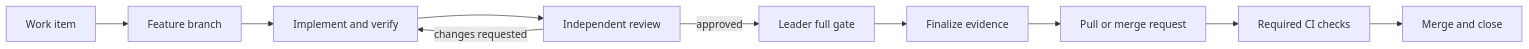
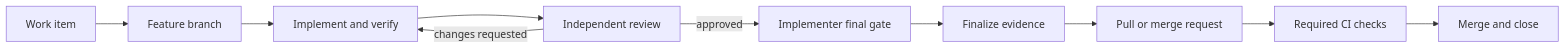
Before and after one commit to kilinkis/harness-bootstrap: the diagram in docs/run-a-ticket.md, drawn with Mermaid. The commit also changed other lines of this file and 26 other files, not shown here.

````diff
--- a/docs/run-a-ticket.md
+++ b/docs/run-a-ticket.md
@@ -25,12 +27,12 @@
 ```mermaid
 flowchart LR
     issue[Work item] --> branch[Feature branch]
     branch --> implement[Implement and verify]
     implement --> review[Independent review]
     review -->|changes requested| implement
-    review -->|approved| full[Leader full gate]
+    review -->|approved| full[Implementer final gate]
     full --> finalize[Finalize evidence]
     finalize --> request[Pull or merge request]
     request --> checks[Required CI checks]
     checks --> merge[Merge and close]
 ```
````
